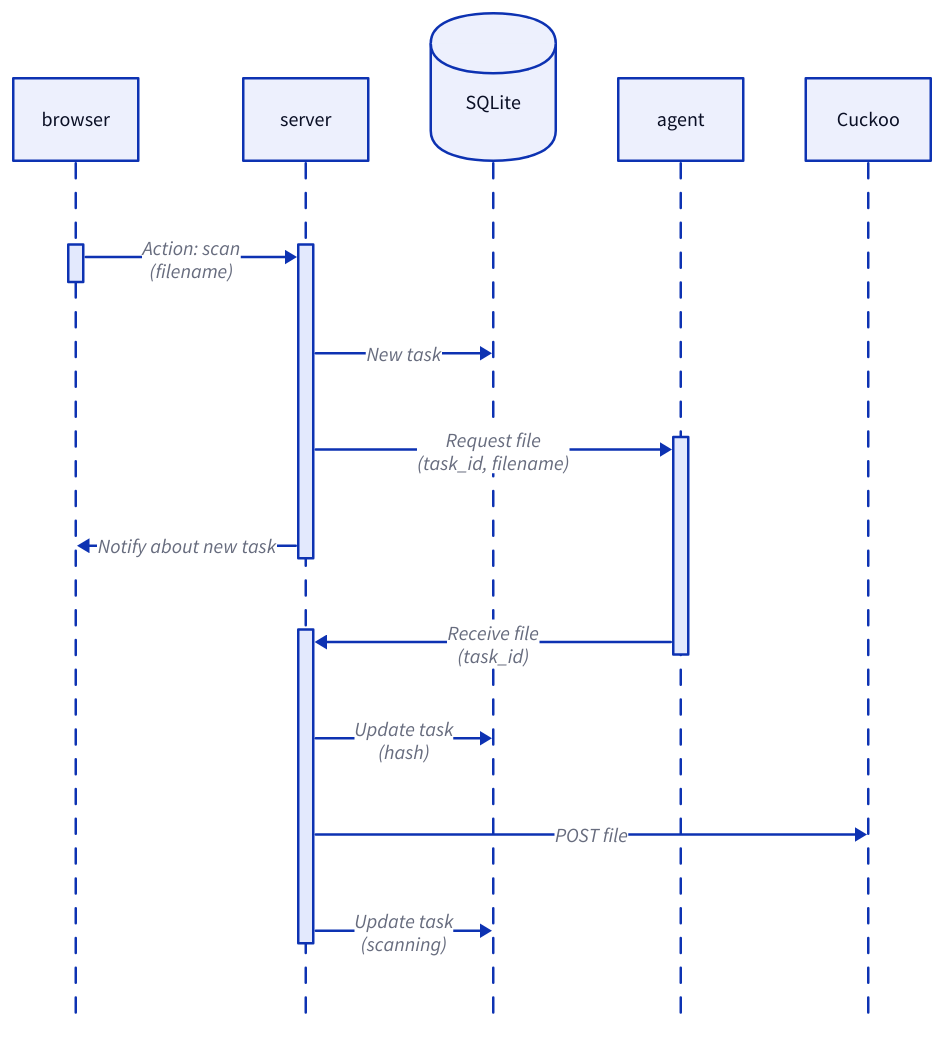
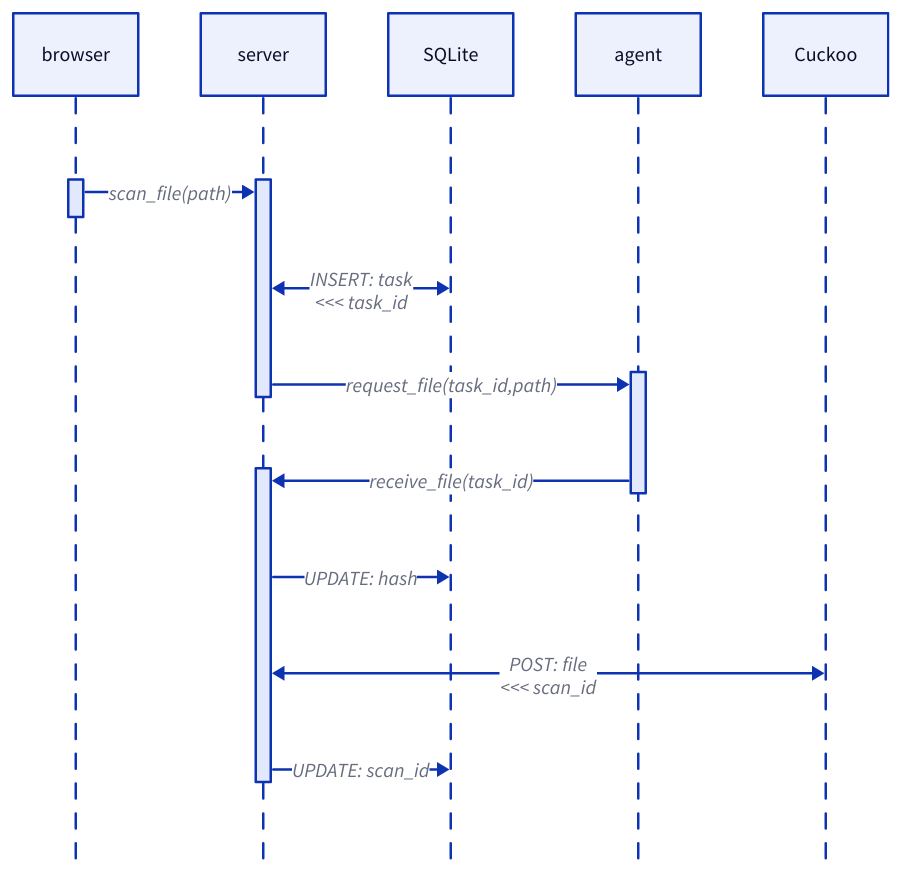
Before and after one commit to cyberok-org/soldr-modules: the diagram in sandbox/docs/new_task_seq.d2, drawn with D2. The commit also changed 2 other files, not shown here.

```diff
--- a/sandbox/docs/new_task_seq.d2
+++ b/sandbox/docs/new_task_seq.d2
@@ -1,14 +1,11 @@
 shape: sequence_diagram
 
-browser; server; SQLite; agent
+browser; server; SQLite; agent; Cuckoo
 
-browser.a -> server.a: Action: scan\n(filename)
-server.a -> SQLite: New task
-server.a -> agent.a: Request file\n(task_id, filename)
-browser <- server.a: Notify about new task
-server.b <- agent.a: Receive file\n(task_id)
-server.b -> SQLite: Update task\n(hash)
-server.b -> Cuckoo: POST file
-server.b -> SQLite: Update task\n(scanning)
-
-SQLite {shape: cylinder}
+server.a <- browser.a: scan_file(path)
+server.a <-> SQLite: INSERT: task\n<<< task_id
+server.a -> agent.a: request_file(task_id,path)
+server.b <- agent.a: receive_file(task_id)
+server.b -> SQLite: UPDATE: hash
+server.b <-> Cuckoo: POST: file\n<<< scan_id
+server.b -> SQLite: UPDATE: scan_id
```
